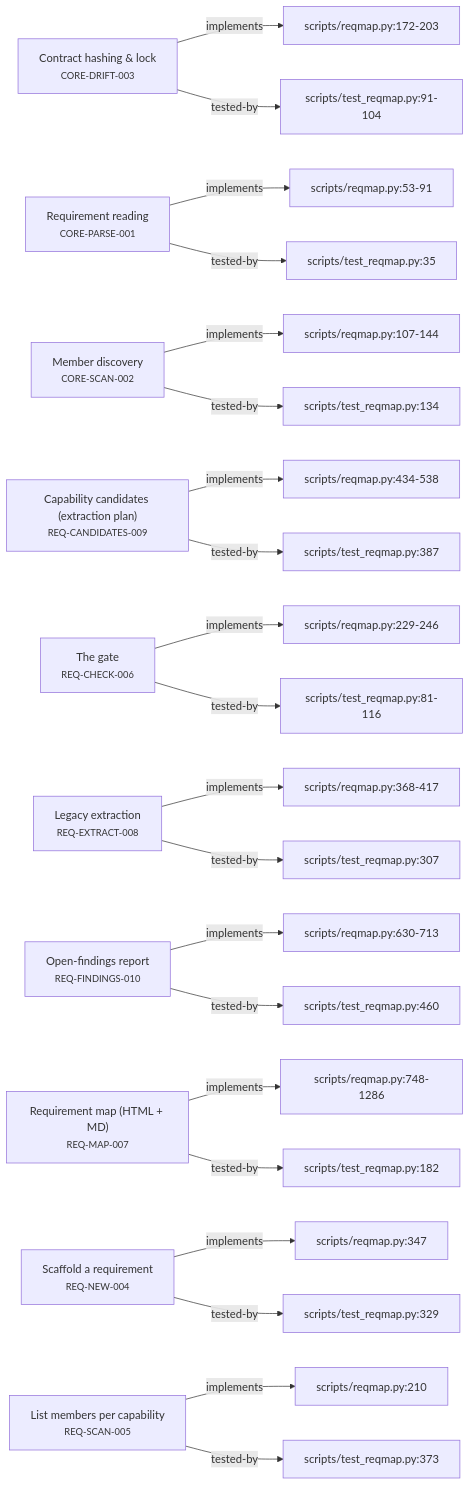
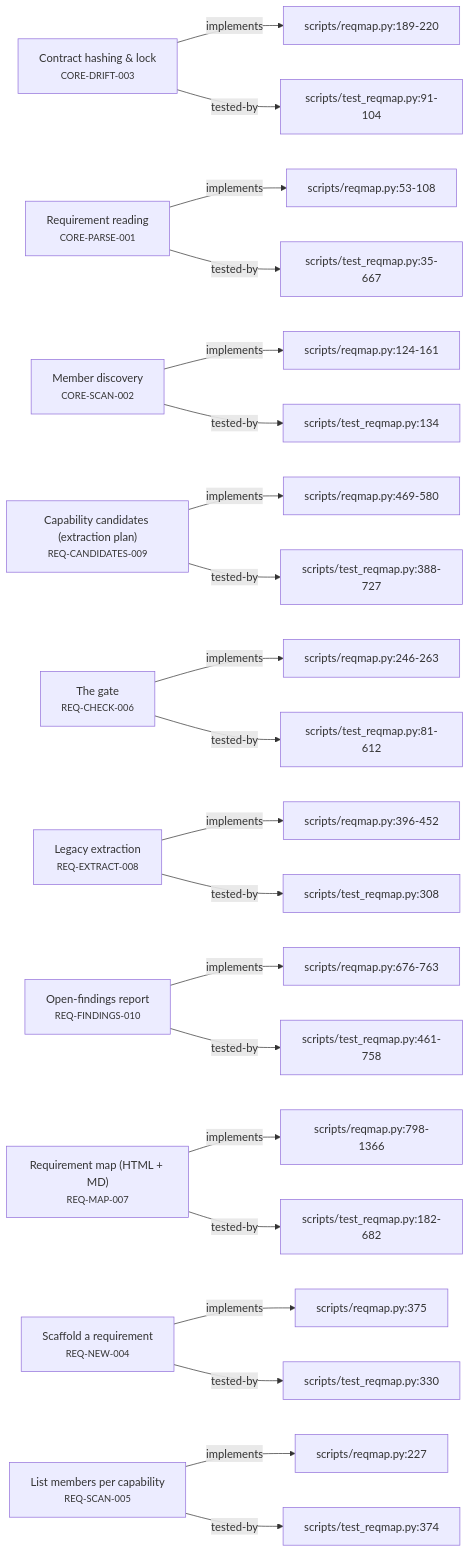
The second of 4 diagrams in plugin/requirements/_map.md (alxmax/Requirement-manager), drawn with Mermaid before and after one commit. The commit also changed other lines of this file and 12 other files, not shown here.

First line of the commit message:
refactor(requirements): migrate dogfooded reqs to the new schema

````diff
--- a/plugin/requirements/_map.md
+++ b/plugin/requirements/_map.md
@@ -38,53 +38,53 @@
 ```mermaid
 graph LR
   CORE_DRIFT_003["Contract hashing & lock<br><small>CORE-DRIFT-003</small>"]
-  f_scripts_reqmap_py_172_203["scripts/reqmap.py:172-203"]
-  CORE_DRIFT_003 -->|implements| f_scripts_reqmap_py_172_203
+  f_scripts_reqmap_py_189_220["scripts/reqmap.py:189-220"]
+  CORE_DRIFT_003 -->|implements| f_scripts_reqmap_py_189_220
   f_scripts_test_reqmap_py_91_104["scripts/test_reqmap.py:91-104"]
   CORE_DRIFT_003 -->|tested-by| f_scripts_test_reqmap_py_91_104
   CORE_PARSE_001["Requirement reading<br><small>CORE-PARSE-001</small>"]
-  f_scripts_reqmap_py_53_91["scripts/reqmap.py:53-91"]
-  CORE_PARSE_001 -->|implements| f_scripts_reqmap_py_53_91
-  f_scripts_test_reqmap_py_35["scripts/test_reqmap.py:35"]
-  CORE_PARSE_001 -->|tested-by| f_scripts_test_reqmap_py_35
+  f_scripts_reqmap_py_53_108["scripts/reqmap.py:53-108"]
+  CORE_PARSE_001 -->|implements| f_scripts_reqmap_py_53_108
+  f_scripts_test_reqmap_py_35_667["scripts/test_reqmap.py:35-667"]
+  CORE_PARSE_001 -->|tested-by| f_scripts_test_reqmap_py_35_667
   CORE_SCAN_002["Member discovery<br><small>CORE-SCAN-002</small>"]
-  f_scripts_reqmap_py_107_144["scripts/reqmap.py:107-144"]
-  CORE_SCAN_002 -->|implements| f_scripts_reqmap_py_107_144
+  f_scripts_reqmap_py_124_161["scripts/reqmap.py:124-161"]
+  CORE_SCAN_002 -->|implements| f_scripts_reqmap_py_124_161
   f_scripts_test_reqmap_py_134["scripts/test_reqmap.py:134"]
   CORE_SCAN_002 -->|tested-by| f_scripts_test_reqmap_py_134
   REQ_CANDIDATES_009["Capability candidates (extraction plan)<br><small>REQ-CANDIDATES-009</small>"]
-  f_scripts_reqmap_py_434_538["scripts/reqmap.py:434-538"]
-  REQ_CANDIDATES_009 -->|implements| f_scripts_reqmap_py_434_538
-  f_scripts_test_reqmap_py_387["scripts/test_reqmap.py:387"]
-  REQ_CANDIDATES_009 -->|tested-by| f_scripts_test_reqmap_py_387
+  f_scripts_reqmap_py_469_580["scripts/reqmap.py:469-580"]
+  REQ_CANDIDATES_009 -->|implements| f_scripts_reqmap_py_469_580
+  f_scripts_test_reqmap_py_388_727["scripts/test_reqmap.py:388-727"]
+  REQ_CANDIDATES_009 -->|tested-by| f_scripts_test_reqmap_py_388_727
   REQ_CHECK_006["The gate<br><small>REQ-CHECK-006</small>"]
-  f_scripts_reqmap_py_229_246["scripts/reqmap.py:229-246"]
-  REQ_CHECK_006 -->|implements| f_scripts_reqmap_py_229_246
-  f_scripts_test_reqmap_py_81_116["scripts/test_reqmap.py:81-116"]
-  REQ_CHECK_006 -->|tested-by| f_scripts_test_reqmap_py_81_116
+  f_scripts_reqmap_py_246_263["scripts/reqmap.py:246-263"]
+  REQ_CHECK_006 -->|implements| f_scripts_reqmap_py_246_263
+  f_scripts_test_reqmap_py_81_612["scripts/test_reqmap.py:81-612"]
+  REQ_CHECK_006 -->|tested-by| f_scripts_test_reqmap_py_81_612
   REQ_EXTRACT_008["Legacy extraction<br><small>REQ-EXTRACT-008</small>"]
-  f_scripts_reqmap_py_368_417["scripts/reqmap.py:368-417"]
-  REQ_EXTRACT_008 -->|implements| f_scripts_reqmap_py_368_417
-  f_scripts_test_reqmap_py_307["scripts/test_reqmap.py:307"]
-  REQ_EXTRACT_008 -->|tested-by| f_scripts_test_reqmap_py_307
+  f_scripts_reqmap_py_396_452["scripts/reqmap.py:396-452"]
+  REQ_EXTRACT_008 -->|implements| f_scripts_reqmap_py_396_452
+  f_scripts_test_reqmap_py_308["scripts/test_reqmap.py:308"]
+  REQ_EXTRACT_008 -->|tested-by| f_scripts_test_reqmap_py_308
   REQ_FINDINGS_010["Open-findings report<br><small>REQ-FINDINGS-010</small>"]
-  f_scripts_reqmap_py_630_713["scripts/reqmap.py:630-713"]
-  REQ_FINDINGS_010 -->|implements| f_scripts_reqmap_py_630_713
-  f_scripts_test_reqmap_py_460["scripts/test_reqmap.py:460"]
-  REQ_FINDINGS_010 -->|tested-by| f_scripts_test_reqmap_py_460
+  f_scripts_reqmap_py_676_763["scripts/reqmap.py:676-763"]
+  REQ_FINDINGS_010 -->|implements| f_scripts_reqmap_py_676_763
+  f_scripts_test_reqmap_py_461_758["scripts/test_reqmap.py:461-758"]
+  REQ_FINDINGS_010 -->|tested-by| f_scripts_test_reqmap_py_461_758
   REQ_MAP_007["Requirement map (HTML + MD)<br><small>REQ-MAP-007</small>"]
-  f_scripts_reqmap_py_748_1286["scripts/reqmap.py:748-1286"]
-  REQ_MAP_007 -->|implements| f_scripts_reqmap_py_748_1286
-  f_scripts_test_reqmap_py_182["scripts/test_reqmap.py:182"]
-  REQ_MAP_007 -->|tested-by| f_scripts_test_reqmap_py_182
+  f_scripts_reqmap_py_798_1366["scripts/reqmap.py:798-1366"]
+  REQ_MAP_007 -->|implements| f_scripts_reqmap_py_798_1366
+  f_scripts_test_reqmap_py_182_682["scripts/test_reqmap.py:182-682"]
+  REQ_MAP_007 -->|tested-by| f_scripts_test_reqmap_py_182_682
   REQ_NEW_004["Scaffold a requirement<br><small>REQ-NEW-004</small>"]
-  f_scripts_reqmap_py_347["scripts/reqmap.py:347"]
-  REQ_NEW_004 -->|implements| f_scripts_reqmap_py_347
-  f_scripts_test_reqmap_py_329["scripts/test_reqmap.py:329"]
-  REQ_NEW_004 -->|tested-by| f_scripts_test_reqmap_py_329
+  f_scripts_reqmap_py_375["scripts/reqmap.py:375"]
+  REQ_NEW_004 -->|implements| f_scripts_reqmap_py_375
+  f_scripts_test_reqmap_py_330["scripts/test_reqmap.py:330"]
+  REQ_NEW_004 -->|tested-by| f_scripts_test_reqmap_py_330
   REQ_SCAN_005["List members per capability<br><small>REQ-SCAN-005</small>"]
-  f_scripts_reqmap_py_210["scripts/reqmap.py:210"]
-  REQ_SCAN_005 -->|implements| f_scripts_reqmap_py_210
-  f_scripts_test_reqmap_py_373["scripts/test_reqmap.py:373"]
-  REQ_SCAN_005 -->|tested-by| f_scripts_test_reqmap_py_373
+  f_scripts_reqmap_py_227["scripts/reqmap.py:227"]
+  REQ_SCAN_005 -->|implements| f_scripts_reqmap_py_227
+  f_scripts_test_reqmap_py_374["scripts/test_reqmap.py:374"]
+  REQ_SCAN_005 -->|tested-by| f_scripts_test_reqmap_py_374
 ```
````
